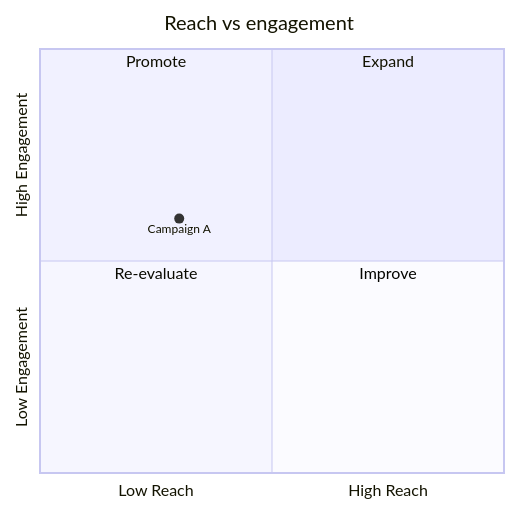
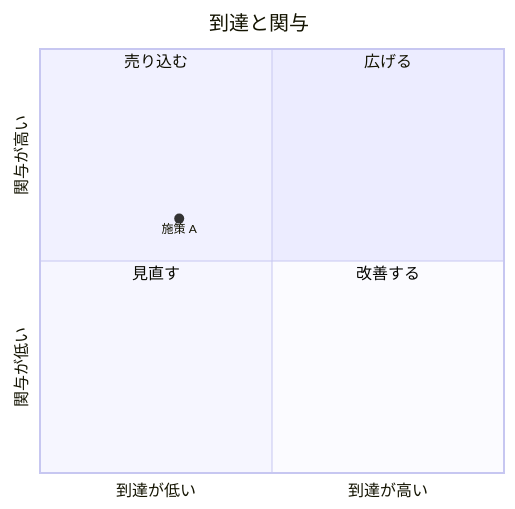
One commit to iimuz/dotfiles changed the first of 7 diagrams in .config/claude/skills/diagram/references/patterns.md. Above: the diagram before and after it, drawn with Mermaid. The commit also changed other lines of this file and 7 other files, not shown here.

Commit message:
docs: js-page-fetch、qmd、subagent-first、gh-ops、diagram に残る英語を日本語にする

````diff
--- a/.config/claude/skills/diagram/references/patterns.md
+++ b/.config/claude/skills/diagram/references/patterns.md
@@ -12,11 +12,11 @@
 ```mermaid
 quadrantChart
-    title Reach vs engagement
-    x-axis Low Reach --> High Reach
-    y-axis Low Engagement --> High Engagement
-    quadrant-1 Expand
-    quadrant-2 Promote
-    quadrant-3 Re-evaluate
-    quadrant-4 Improve
-    Campaign A: [0.3, 0.6]
+    title 到達と関与
+    x-axis 到達が低い --> 到達が高い
+    y-axis 関与が低い --> 関与が高い
+    quadrant-1 広げる
+    quadrant-2 売り込む
+    quadrant-3 見直す
+    quadrant-4 改善する
+    施策 A: [0.3, 0.6]
 ```
````
